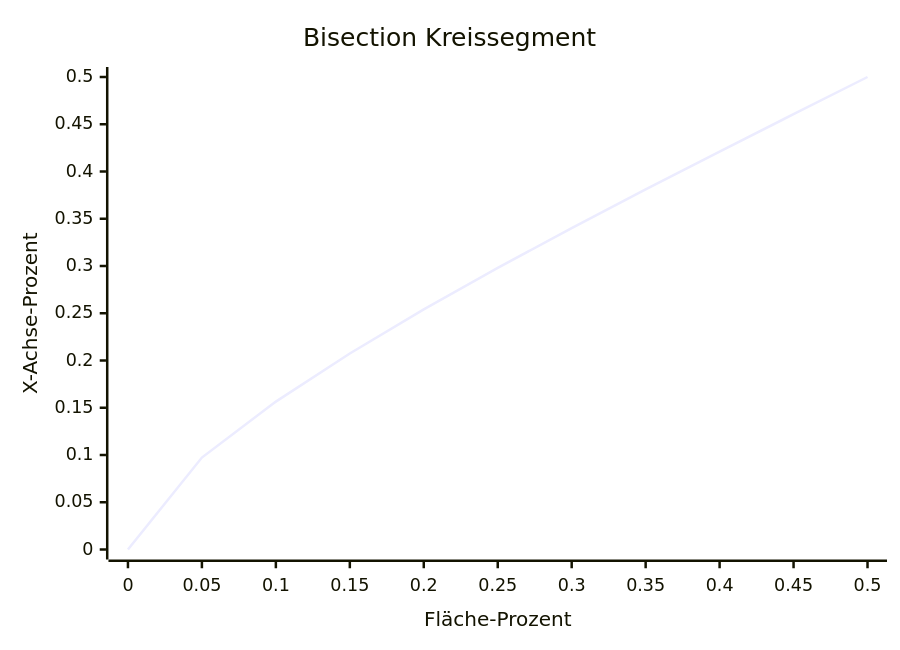
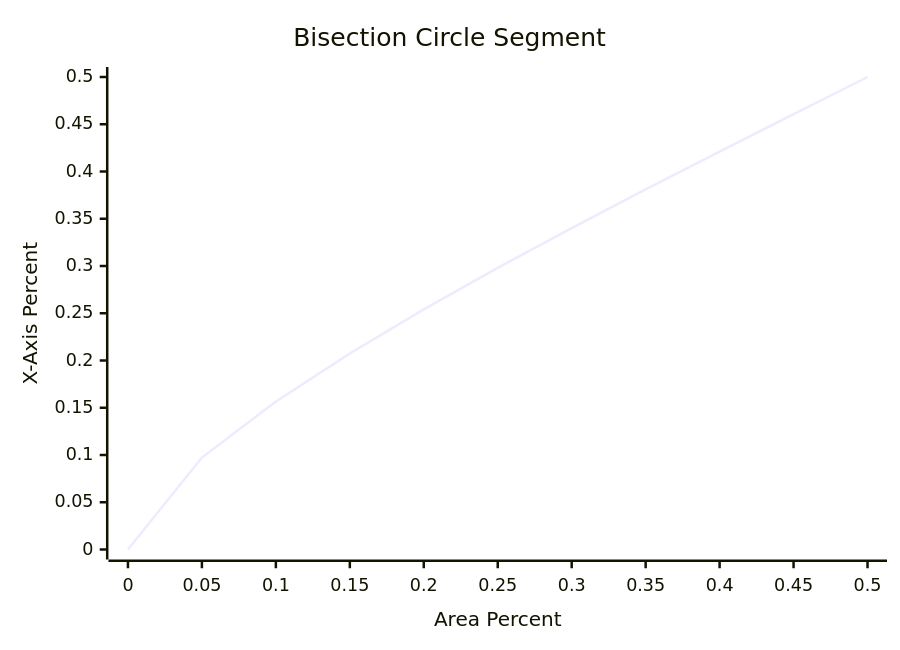
Before and after one commit to korsarNek/korsarNek: the first of 2 diagrams in source/_posts/Hotplate.md, drawn with Mermaid. The commit also changed other lines of this file and 35 other files, not shown here.

````diff
--- a/source/_posts/Hotplate.md
+++ b/source/_posts/Hotplate.md
@@ -210,7 +221,7 @@
 ```mermaid
 xychart-beta
-title "Bisection Kreissegment"
-x-axis "Fläche-Prozent" [0, 0.05, 0.1, 0.15, 0.2, 0.25, 0.3, 0.35, 0.4, 0.45, 0.5]
-y-axis "X-Achse-Prozent" 0 --> 0.5
+title "Bisection Circle Segment"
+x-axis "Area Percent" [0, 0.05, 0.1, 0.15, 0.2, 0.25, 0.3, 0.35, 0.4, 0.45, 0.5]
+y-axis "X-Axis Percent" 0 --> 0.5
 line [0, 0.097308171540498765, 0.15647558420896526, 0.20743129178881647, 0.25406906604766843, 0.2980136349797249, 0.34015423953533175, 0.3810587957501413, 0.42113191485404966, 0.46068957000970834, 0.4999999850988388]
 ```
````
